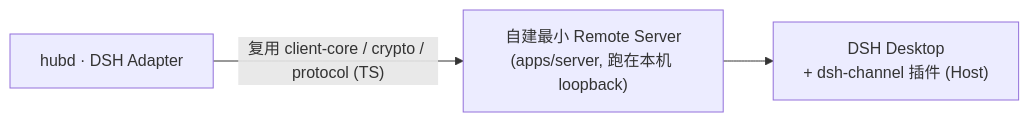
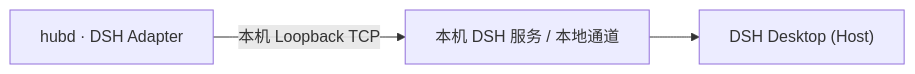
Before and after one commit to letrahoo/lework: the second of 6 diagrams in docs/PLAN.md, drawn with Mermaid. The commit also changed other lines of this file and 52 other files, not shown here.

````diff
--- a/docs/PLAN.md
+++ b/docs/PLAN.md
@@ -176,5 +175,5 @@
 ```mermaid
 flowchart LR
-    Hub["hubd · DSH Adapter"] -- "复用 client-core / crypto / protocol (TS)" --> RS["自建最小 Remote Server<br/>(apps/server, 跑在本机 loopback)"]
-    RS --> Plugin["DSH Desktop<br/>+ dsh-channel 插件 (Host)"]
+    Hub["hubd · DSH Adapter"] -- "本机 Loopback TCP" --> RS["本机 DSH 服务 / 本地通道"]
+    RS --> Plugin["DSH Desktop (Host)"]
 ```
````
